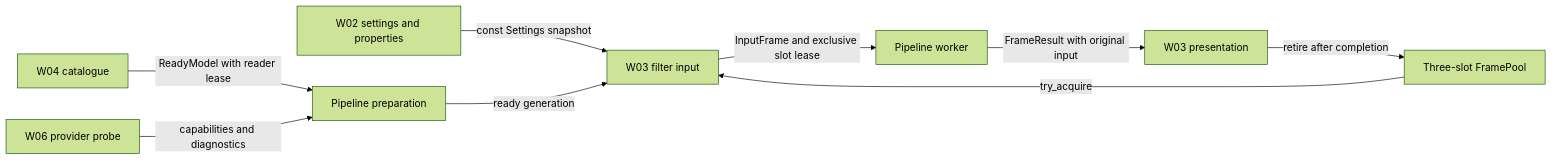
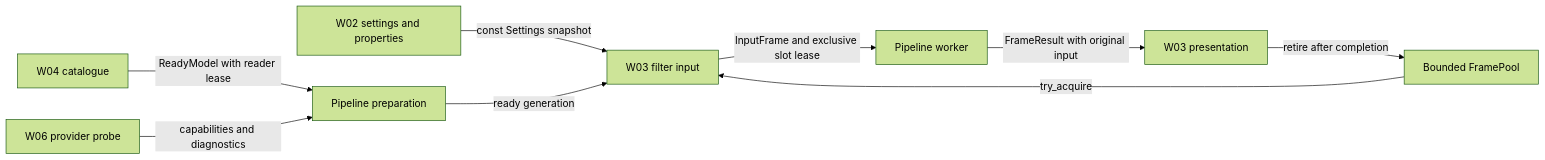
The diagram in docs/dev/contracts.md (MinersWin/CorridorKey-for-OBS), drawn with Mermaid (forest theme) before and after one commit. The commit also changed other lines of this file and 30 other files, not shown here.

````diff
--- a/docs/dev/contracts.md
+++ b/docs/dev/contracts.md
@@ -8,11 +8,11 @@
 ```mermaid
 flowchart LR
     UI[W02 settings and properties] -->|const Settings snapshot| Capture
     Catalog[W04 catalogue] -->|ReadyModel with reader lease| Loader
     Probe[W06 provider probe] -->|capabilities and diagnostics| Loader
     Loader[Pipeline preparation] -->|ready generation| Capture
     Capture[W03 filter input] -->|InputFrame and exclusive slot lease| Worker[Pipeline worker]
     Worker -->|FrameResult with original input| Present[W03 presentation]
-    Present -->|retire after completion| Pool[Three-slot FramePool]
+    Present -->|retire after completion| Pool[Bounded FramePool]
     Pool -->|try_acquire| Capture
 ```
````
